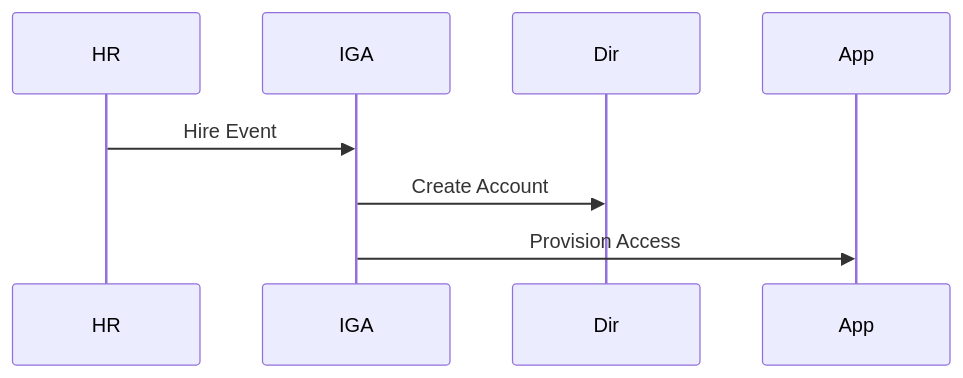
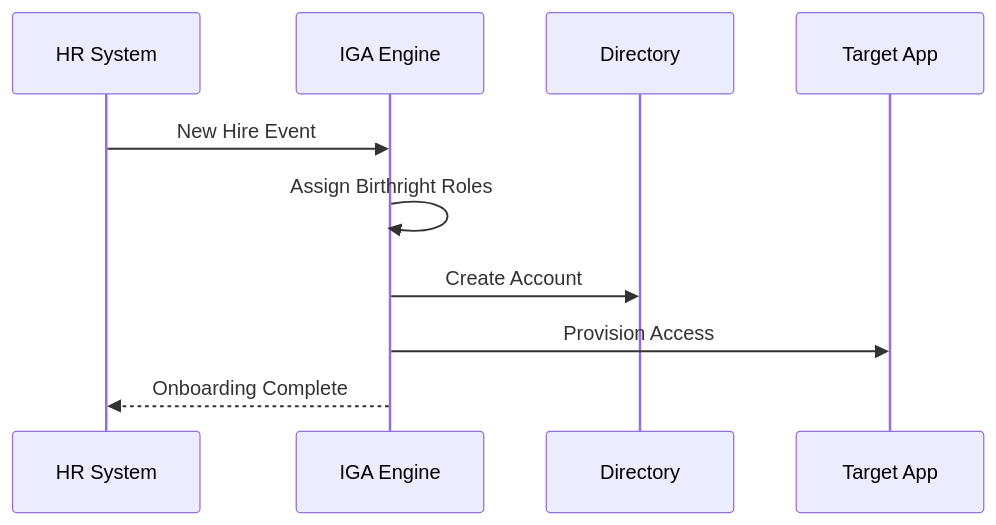
Before and after one commit to Devopstrio/identity-governance-framework: the third of 30 diagrams in README.md, drawn with Mermaid. The commit also changed other lines of this file, not shown here.

Commit message:
docs: finalize premium institutional-grade README with 30+ diagrams and executive summary

````diff
--- a/README.md
+++ b/README.md
@@ -42,6 +109,13 @@
 ```mermaid
 sequenceDiagram
-    HR->>IGA: Hire Event
+    participant HR as HR System
+    participant IGA as IGA Engine
+    participant Dir as Directory
+    participant App as Target App
+
+    HR->>IGA: New Hire Event
+    IGA->>IGA: Assign Birthright Roles
     IGA->>Dir: Create Account
     IGA->>App: Provision Access
+    IGA-->>HR: Onboarding Complete
 ```
````
